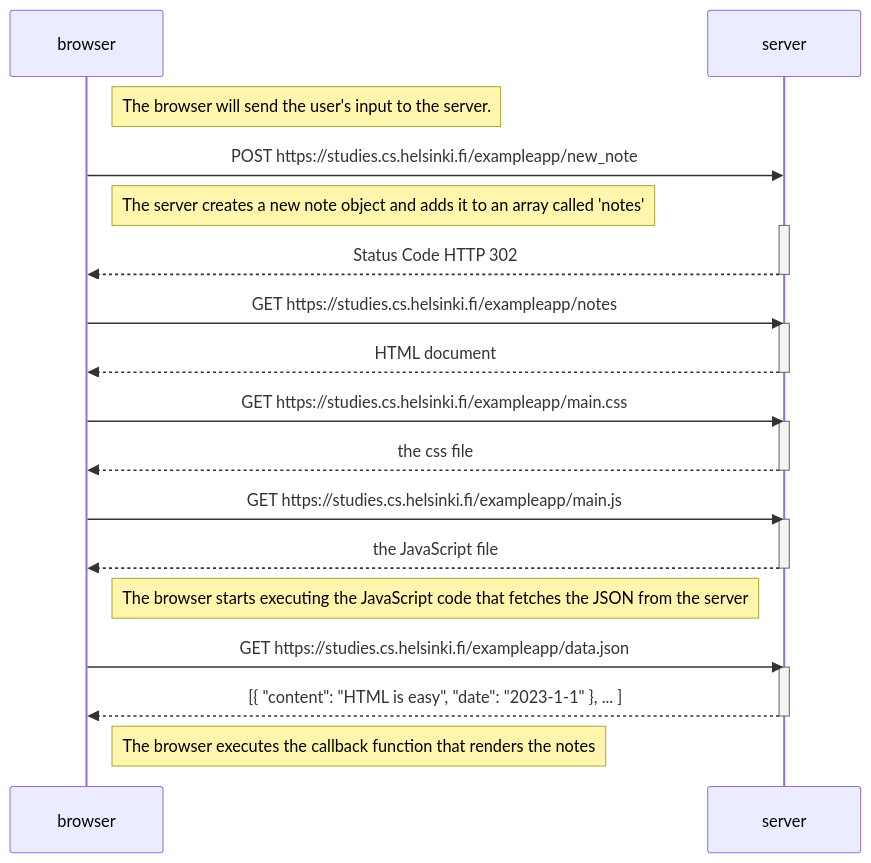
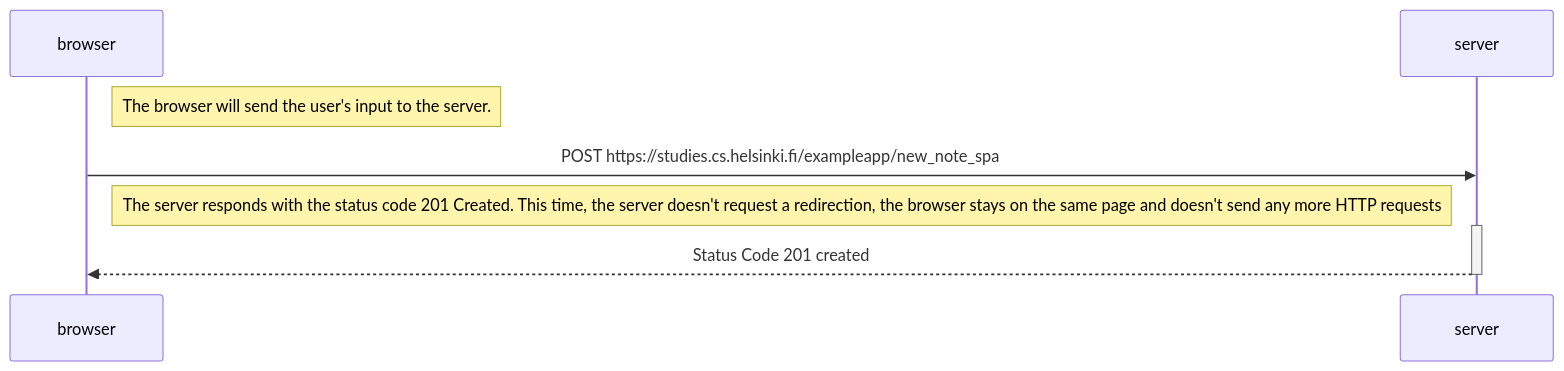
One commit to danielyepes32/part0 changed the diagram in 0-6_New_note_in_Single_page _app_diagram.md. Above: the diagram before and after it, drawn with Mermaid.

Commit message:
Update 0-6_New_note_in_Single_page _app_diagram.md

````diff
--- a/0-6_New_note_in_Single_page _app_diagram.md
+++ b/0-6_New_note_in_Single_page _app_diagram.md
@@ -1,39 +1,15 @@
 ```mermaid
 sequenceDiagram
     participant browser
     participant server
 
     Note right of browser: The browser will send the user's input to the server.
 
-    browser->>server: POST https://studies.cs.helsinki.fi/exampleapp/new_note
+    browser->>server: POST https://studies.cs.helsinki.fi/exampleapp/new_note_spa
 
-    Note right of browser: The server creates a new note object and adds it to an array called 'notes'
+    Note right of browser: The server responds with the status code 201 Created. This time, the server doesn't request a redirection, the browser stays on the same page and doesn't send any more HTTP requests
 
     activate server
-    server-->>browser: Status Code HTTP 302
+    server-->>browser: Status Code 201 created
     deactivate server
-    
-    browser->>server: GET https://studies.cs.helsinki.fi/exampleapp/notes
-    activate server
-    server-->>browser: HTML document
-    deactivate server
-
-    browser->>server: GET https://studies.cs.helsinki.fi/exampleapp/main.css
-    activate server
-    server-->>browser: the css file
-    deactivate server
-
-    browser->>server: GET https://studies.cs.helsinki.fi/exampleapp/main.js
-    activate server
-    server-->>browser: the JavaScript file
-    deactivate server
-
-    Note right of browser: The browser starts executing the JavaScript code that fetches the JSON from the server
-
-    browser->>server: GET https://studies.cs.helsinki.fi/exampleapp/data.json
-    activate server
-    server-->>browser: [{ "content": "HTML is easy", "date": "2023-1-1" }, ... ]
-    deactivate server
-
-    Note right of browser: The browser executes the callback function that renders the notes
 ```
````
